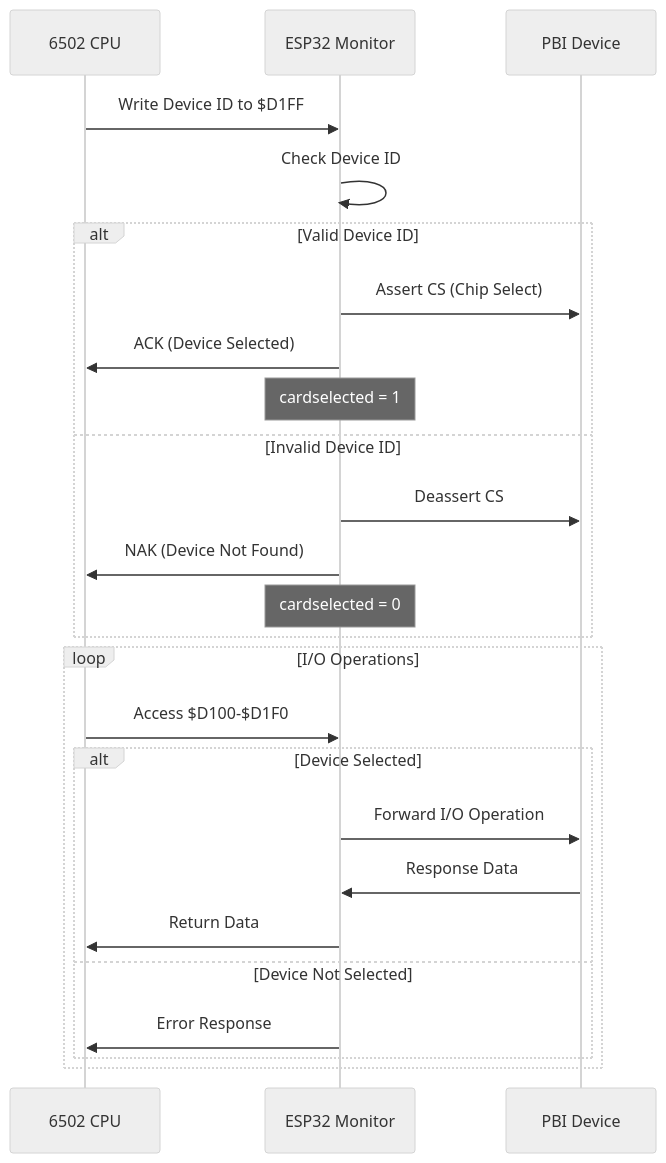
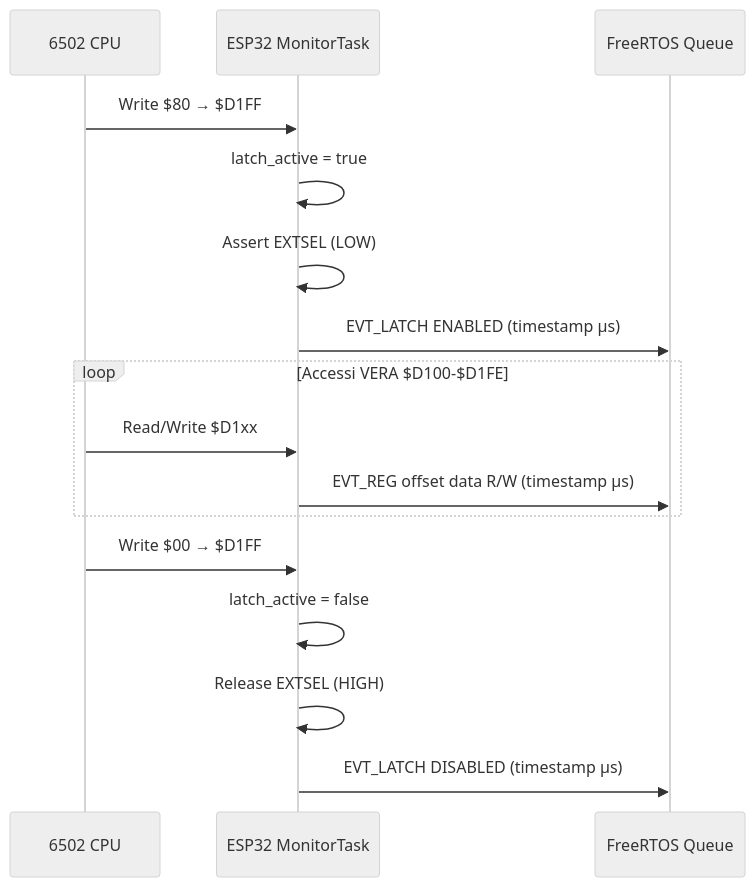
Before and after one commit to gianlucarenzi/ESP32-BOBOARD-5V: the third of 4 diagrams in README.md, drawn with Mermaid (neutral theme). The commit also changed other lines of this file and 2 other files, not shown here.

First line of the commit message:
feat: add FreeRTOS log queue with microsecond timestamps

````diff
--- a/README.md
+++ b/README.md
@@ -362,29 +372,21 @@
 ```mermaid
 sequenceDiagram
     participant CPU as 6502 CPU
-    participant ESP as ESP32 Monitor
-    participant DEV as PBI Device
-    
-    CPU->>ESP: Write Device ID to $D1FF
-    ESP->>ESP: Check Device ID
-    alt Valid Device ID
-        ESP->>DEV: Assert CS (Chip Select)
-        ESP->>CPU: ACK (Device Selected)
-        Note over ESP: cardselected = 1
-    else Invalid Device ID
-        ESP->>DEV: Deassert CS
-        ESP->>CPU: NAK (Device Not Found)
-        Note over ESP: cardselected = 0
+    participant ESP as ESP32 MonitorTask
+    participant Q  as FreeRTOS Queue
+
+    CPU->>ESP: Write $80 → $D1FF
+    ESP->>ESP: latch_active = true
+    ESP->>ESP: Assert EXTSEL (LOW)
+    ESP->>Q: EVT_LATCH ENABLED (timestamp µs)
+
+    loop Accessi VERA $D100-$D1FE
+        CPU->>ESP: Read/Write $D1xx
+        ESP->>Q: EVT_REG offset data R/W (timestamp µs)
     end
-    
-    loop I/O Operations
-        CPU->>ESP: Access $D100-$D1F0
-        alt Device Selected
-            ESP->>DEV: Forward I/O Operation
-            DEV->>ESP: Response Data
-            ESP->>CPU: Return Data
-        else Device Not Selected
-            ESP->>CPU: Error Response
-        end
-    end
+
+    CPU->>ESP: Write $00 → $D1FF
+    ESP->>ESP: latch_active = false
+    ESP->>ESP: Release EXTSEL (HIGH)
+    ESP->>Q: EVT_LATCH DISABLED (timestamp µs)
 ```
````
